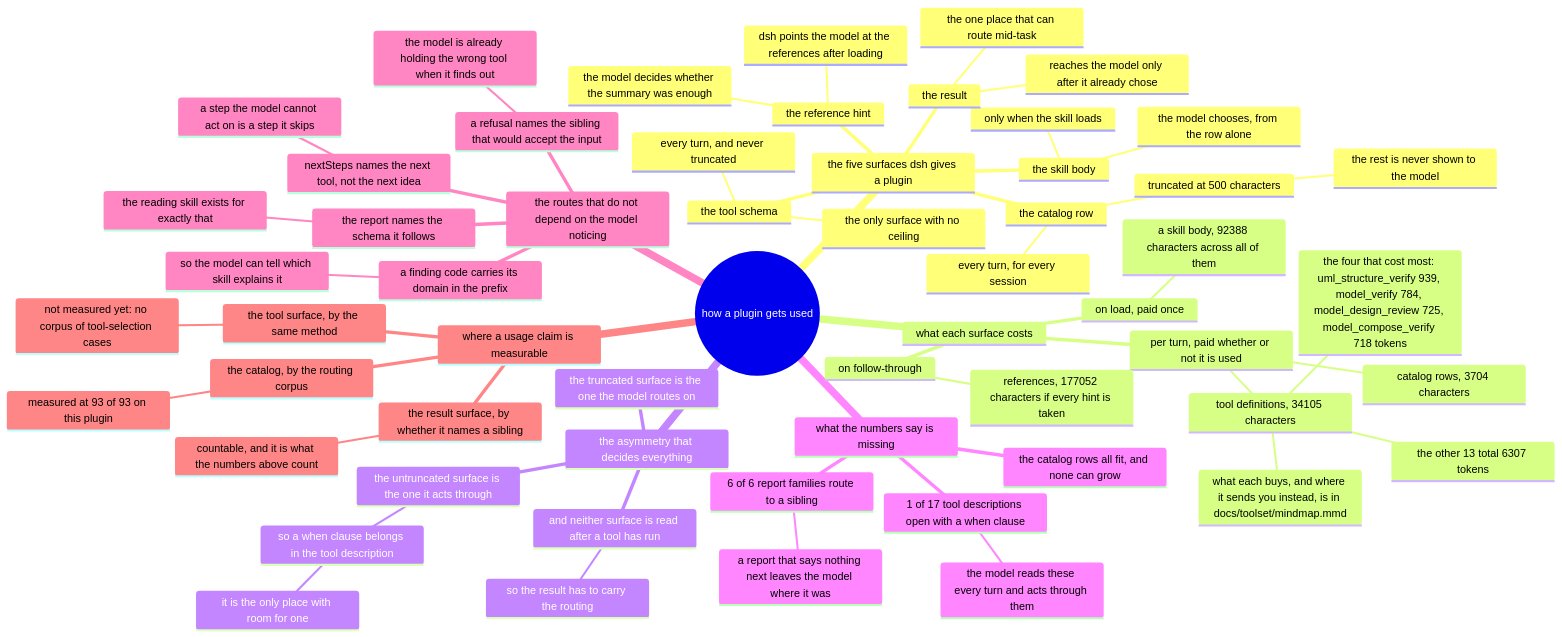
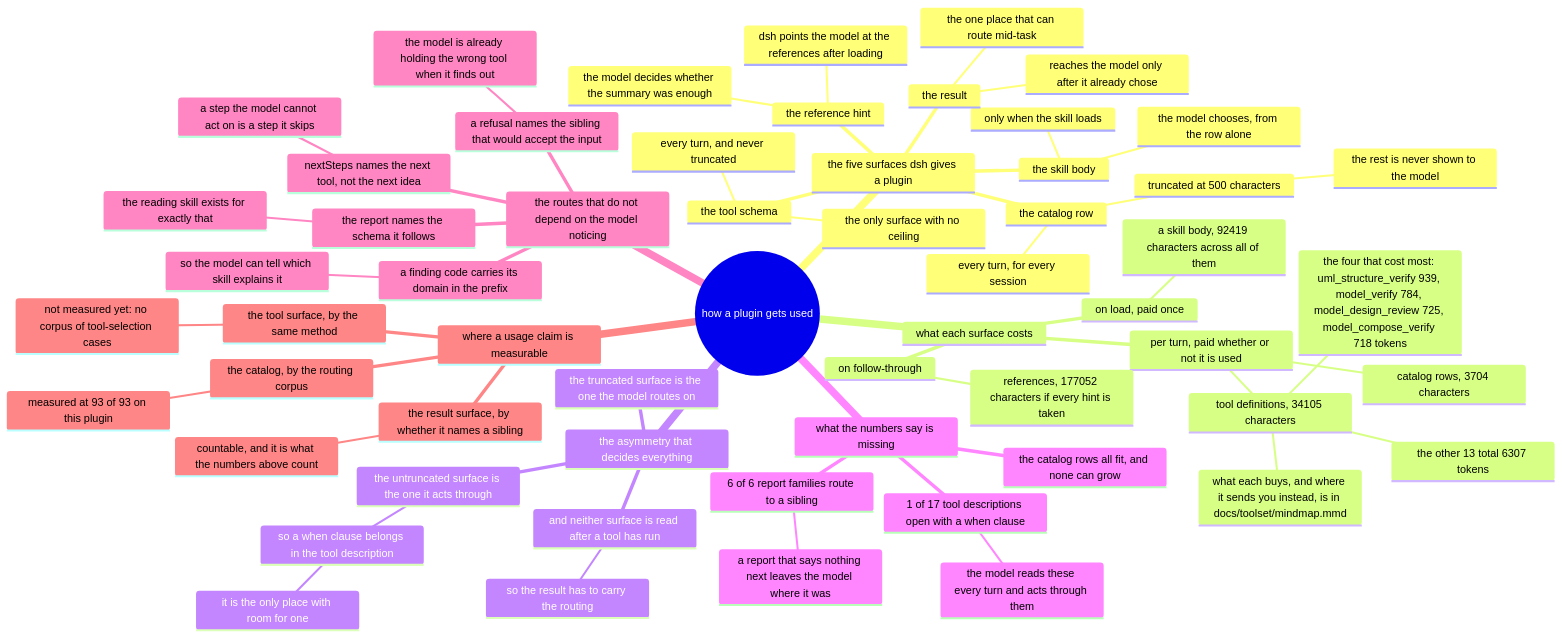
One commit to AmethystLuna/dsh-model-everything changed the diagram in docs/usage/mindmap.mmd. Above: the diagram before and after it, drawn with Mermaid. The commit also changed 11 other files, not shown here.

First line of the commit message:
fix(render): a Mermaid style directive is dropped with a reason, not refused

```diff
--- a/docs/usage/mindmap.mmd
+++ b/docs/usage/mindmap.mmd
@@ -1,59 +1,59 @@
 mindmap
 root((how a plugin gets used))
   the five surfaces dsh gives a plugin
     the catalog row
       every turn, for every session
       truncated at 500 characters
         the rest is never shown to the model
     the skill body
       only when the skill loads
       the model chooses, from the row alone
     the reference hint
       dsh points the model at the references after loading
       the model decides whether the summary was enough
     the tool schema
       every turn, and never truncated
       the only surface with no ceiling
     the result
       reaches the model only after it already chose
       the one place that can route mid-task
   what each surface costs
     per turn, paid whether or not it is used
       catalog rows, 3704 characters
       tool definitions, 34105 characters
         the four that cost most: uml_structure_verify 939, model_verify 784, model_design_review 725, model_compose_verify 718 tokens
         the other 13 total 6307 tokens
         what each buys, and where it sends you instead, is in docs/toolset/mindmap.mmd
     on load, paid once
-      a skill body, 92388 characters across all of them
+      a skill body, 92419 characters across all of them
     on follow-through
       references, 177052 characters if every hint is taken
   the asymmetry that decides everything
     the truncated surface is the one the model routes on
     the untruncated surface is the one it acts through
       so a when clause belongs in the tool description
         it is the only place with room for one
     and neither surface is read after a tool has run
       so the result has to carry the routing
   what the numbers say is missing
     1 of 17 tool descriptions open with a when clause
       the model reads these every turn and acts through them
     6 of 6 report families route to a sibling
       a report that says nothing next leaves the model where it was
     the catalog rows all fit, and none can grow
   the routes that do not depend on the model noticing
     a refusal names the sibling that would accept the input
       the model is already holding the wrong tool when it finds out
     nextSteps names the next tool, not the next idea
       a step the model cannot act on is a step it skips
     a finding code carries its domain in the prefix
       so the model can tell which skill explains it
     the report names the schema it follows
       the reading skill exists for exactly that
   where a usage claim is measurable
     the catalog, by the routing corpus
       measured at 93 of 93 on this plugin
     the tool surface, by the same method
       not measured yet: no corpus of tool-selection cases
     the result surface, by whether it names a sibling
       countable, and it is what the numbers above count
```
